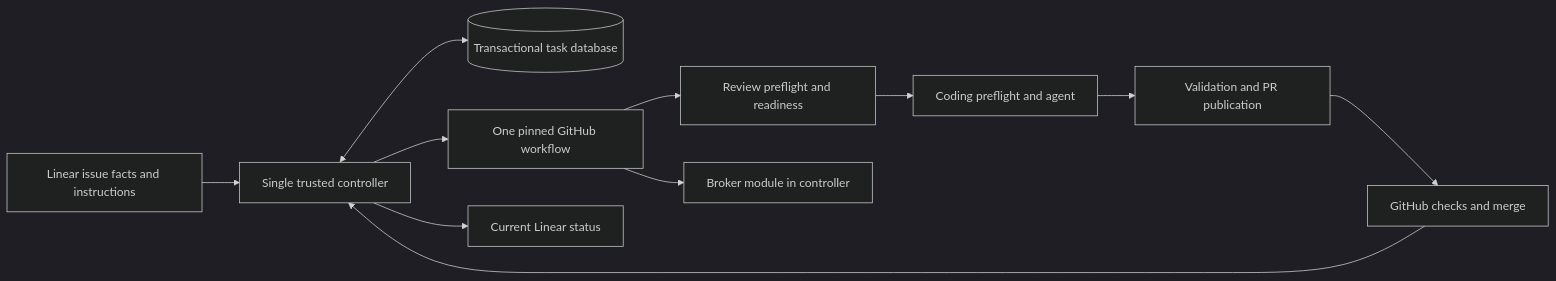
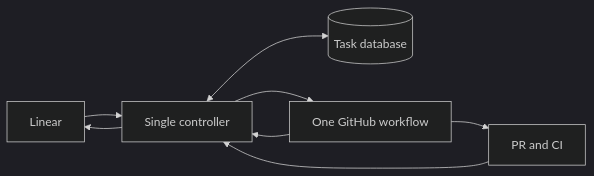
Before and after one commit to KianBahasadri/clusterfork: the diagram in PLAN.md, drawn with Mermaid (dark theme). The commit also changed other lines of this file, not shown here.

Commit message:
Focus execution plan on controller ownership and job sequencing [skip ci]

````diff
--- a/PLAN.md
+++ b/PLAN.md
@@ -73,13 +19,10 @@
 ```mermaid
 flowchart LR
-    L[Linear issue facts and instructions] --> C[Single trusted controller]
-    C <--> D[(Transactional task database)]
-    C --> G[One pinned GitHub workflow]
-    G --> R[Review preflight and readiness]
-    R --> A[Coding preflight and agent]
-    A --> P[Validation and PR publication]
-    P --> H[GitHub checks and merge]
-    G --> B[Broker module in controller]
-    H --> C
-    C --> S[Current Linear status]
+    L[Linear] --> C[Single controller]
+    C <--> D[(Task database)]
+    C --> G[One GitHub workflow]
+    G --> P[PR and CI]
+    G --> C
+    P --> C
+    C --> L
 ```
````
